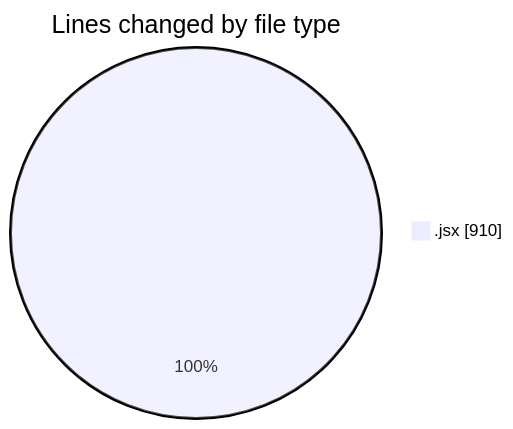
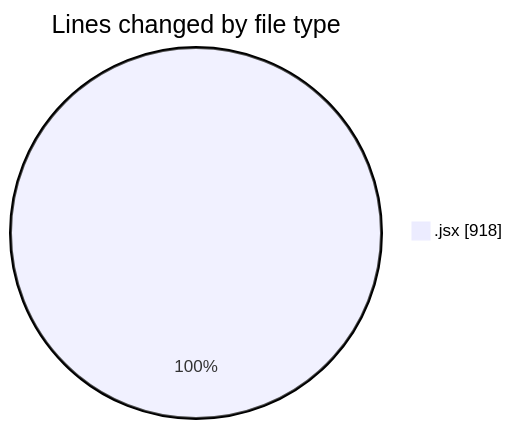
The first of 2 diagrams in 2025-06-30/argos/README.md (nxtqubesakshisongat/code-tracking), drawn with Mermaid before and after one commit. The commit also changed other lines of this file and 1 other file, not shown here.

````diff
--- a/2025-06-30/argos/README.md
+++ b/2025-06-30/argos/README.md
@@ -22,5 +22,5 @@
 ```mermaid
 pie showData
 title Lines changed by file type
-".jsx" : 910
+".jsx" : 918
 ```
````
